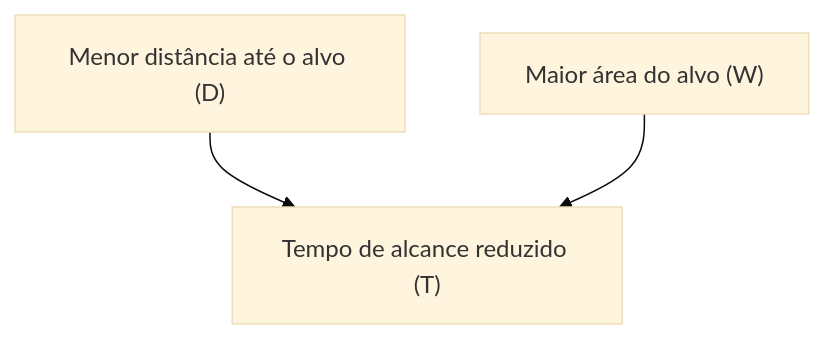
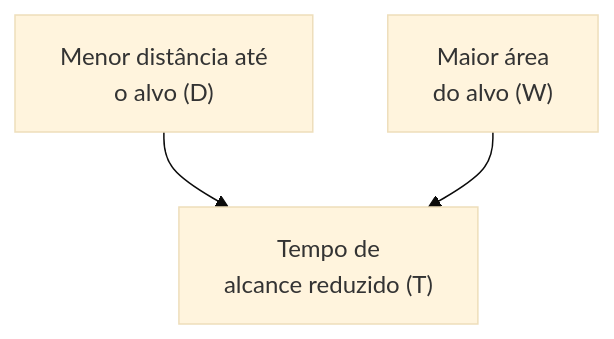
One commit to leorruas/puc changed the third of 3 diagrams in 08. Design de Interacao/15. Componentes e recomendações ergonômicas em sistemas interativos.md. Above: the diagram before and after it, drawn with Mermaid (base theme). The commit also changed other lines of this file and 16 other files, not shown here.

Commit message:
style(mermaid): comprehensive audit and optimization of 45 Mermaid blocks across all 22 topic notes

````diff
--- a/08. Design de Interacao/15. Componentes e recomendações ergonômicas em sistemas interativos.md
+++ b/08. Design de Interacao/15. Componentes e recomendações ergonômicas em sistemas interativos.md
@@ -126,5 +126,5 @@
 ```mermaid
 graph TD
-    Distância["Menor distância até o alvo (D)"] --> Tempo["Tempo de alcance reduzido (T)"]
-    Tamanho["Maior área do alvo (W)"] --> Tempo
+    Distância["Menor distância até<br>o alvo (D)"] --> Tempo["Tempo de<br>alcance reduzido (T)"]
+    Tamanho["Maior área<br>do alvo (W)"] --> Tempo
 ```
````
